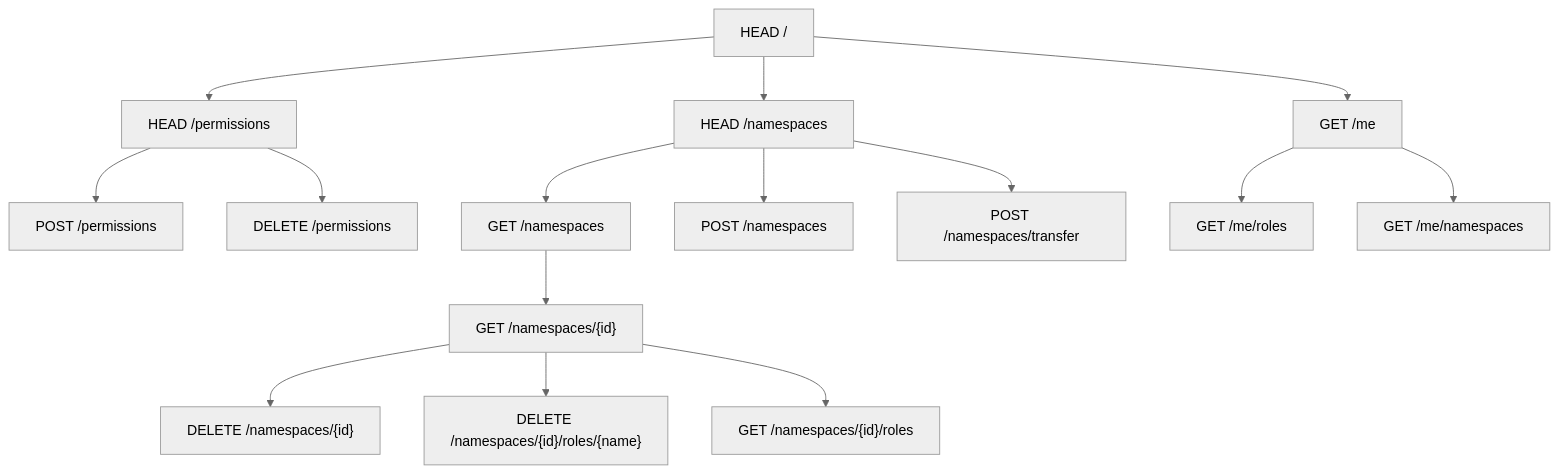
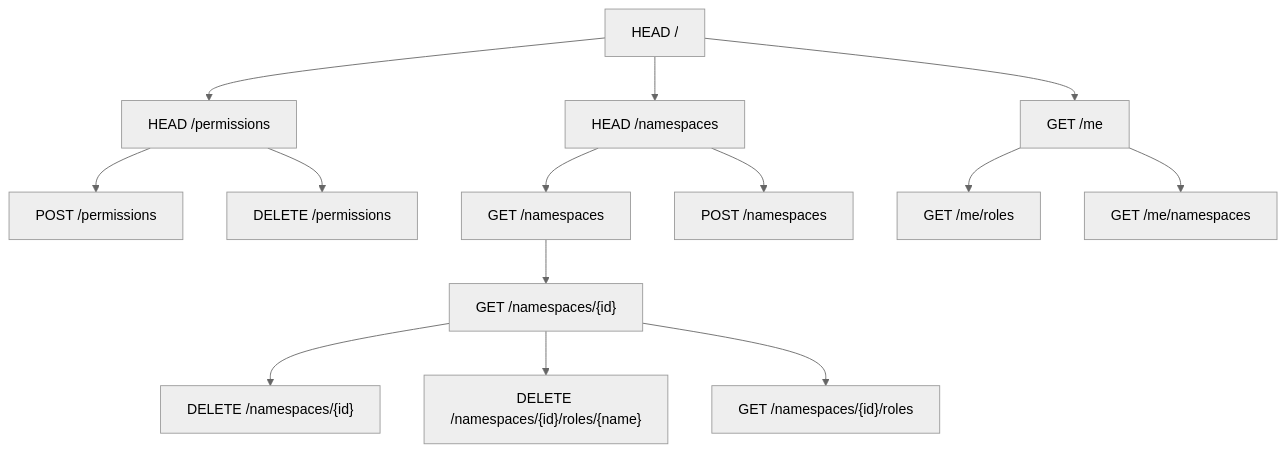
One commit to Mcfloy/guard changed the diagram in guard-server/README.md. Above: the diagram before and after it, drawn with Mermaid (neutral theme). The commit also changed 31 other files, not shown here.

````diff
--- a/guard-server/README.md
+++ b/guard-server/README.md
@@ -42,32 +42,30 @@
 ```mermaid
 flowchart TB
     Root["HEAD /"]
     PermissionsInfo["HEAD /permissions"]
     PermissionsGrant["POST /permissions"]
     PermissionsRemove["DELETE /permissions"]
     NamespacesInfo["HEAD /namespaces"]
     NamespacesList["GET /namespaces"]
     NamespacesCreate["POST /namespaces"]
-    NamespacesTransfer["POST /namespaces/transfer"]
     NamespacesDelete["DELETE /namespaces/{id}"]
     NamespacesId["GET /namespaces/{id}"]
     NamespacesRoles["GET /namespaces/{id}/roles"]
     NamespacesDeleteRoles["DELETE /namespaces/{id}/roles/{name}"]
     MeInfo["GET /me"]
     MeRoles["GET /me/roles"]
     MeNamespaces["GET /me/namespaces"]
     MeInfo --> MeRoles
     MeInfo --> MeNamespaces
     Root --> MeInfo
     NamespacesId --> NamespacesDelete
     NamespacesId --> NamespacesDeleteRoles
     NamespacesId --> NamespacesRoles
     NamespacesList --> NamespacesId
-    NamespacesInfo --> NamespacesTransfer
     NamespacesInfo --> NamespacesList
     NamespacesInfo --> NamespacesCreate
     Root --> NamespacesInfo
     PermissionsInfo --> PermissionsRemove
     PermissionsInfo --> PermissionsGrant
     Root --> PermissionsInfo
 ```
````
